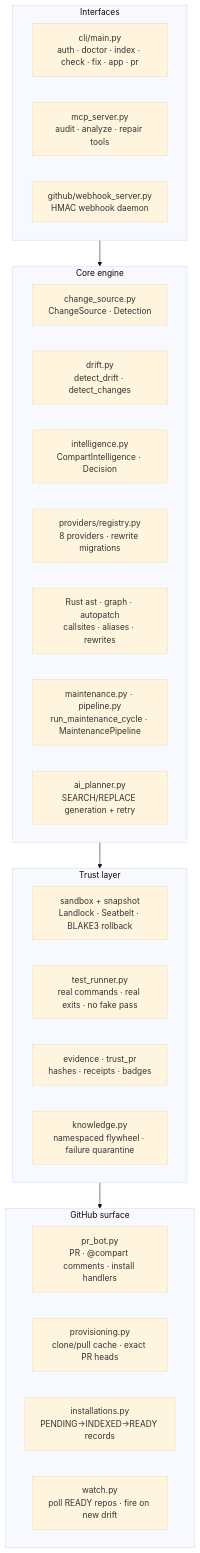
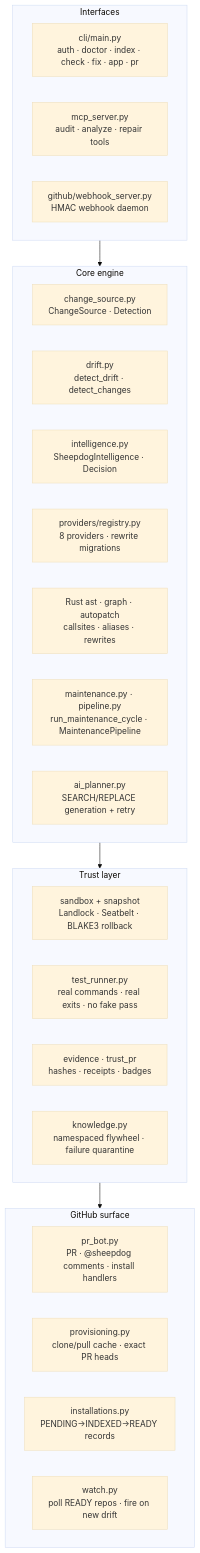
Before and after one commit to Devaretanmay/HAVFRYS: the third of 3 diagrams in docs/SYSTEM_MAP.md, drawn with Mermaid (base theme). The commit also changed other lines of this file and 223 other files, not shown here.

First line of the commit message:
feat!: rename Compart to Sheepdog across product, code, and docs

````diff
--- a/docs/SYSTEM_MAP.md
+++ b/docs/SYSTEM_MAP.md
@@ -42,30 +42,30 @@
 ```mermaid
 flowchart TD
     subgraph IN["Interfaces"]
         CLI["cli/main.py<br/>auth · doctor · index · check · fix · app · pr"]
         MCP["mcp_server.py<br/>audit · analyze · repair tools"]
         WH["github/webhook_server.py<br/>HMAC webhook daemon"]
     end
     subgraph CORE["Core engine"]
         CS["change_source.py<br/>ChangeSource · Detection"]
         DRIFT["drift.py<br/>detect_drift · detect_changes"]
-        INTEL["intelligence.py<br/>CompartIntelligence · Decision"]
+        INTEL["intelligence.py<br/>SheepdogIntelligence · Decision"]
         REG["providers/registry.py<br/>8 providers · rewrite migrations"]
         AST["Rust ast · graph · autopatch<br/>callsites · aliases · rewrites"]
         PLAN["maintenance.py · pipeline.py<br/>run_maintenance_cycle · MaintenancePipeline"]
         AIplan["ai_planner.py<br/>SEARCH/REPLACE generation + retry"]
     end
     subgraph TRUST["Trust layer"]
         SB["sandbox + snapshot<br/>Landlock · Seatbelt · BLAKE3 rollback"]
         TR["test_runner.py<br/>real commands · real exits · no fake pass"]
         EV2["evidence · trust_pr<br/>hashes · receipts · badges"]
         KB["knowledge.py<br/>namespaced flywheel · failure quarantine"]
     end
     subgraph GH["GitHub surface"]
-        BOT["pr_bot.py<br/>PR · @compart comments · install handlers"]
+        BOT["pr_bot.py<br/>PR · @sheepdog comments · install handlers"]
         PROV["provisioning.py<br/>clone/pull cache · exact PR heads"]
         INST["installations.py<br/>PENDING→INDEXED→READY records"]
         WATCH["watch.py<br/>poll READY repos · fire on new drift"]
     end
     IN --> CORE --> TRUST --> GH
 ```
````
